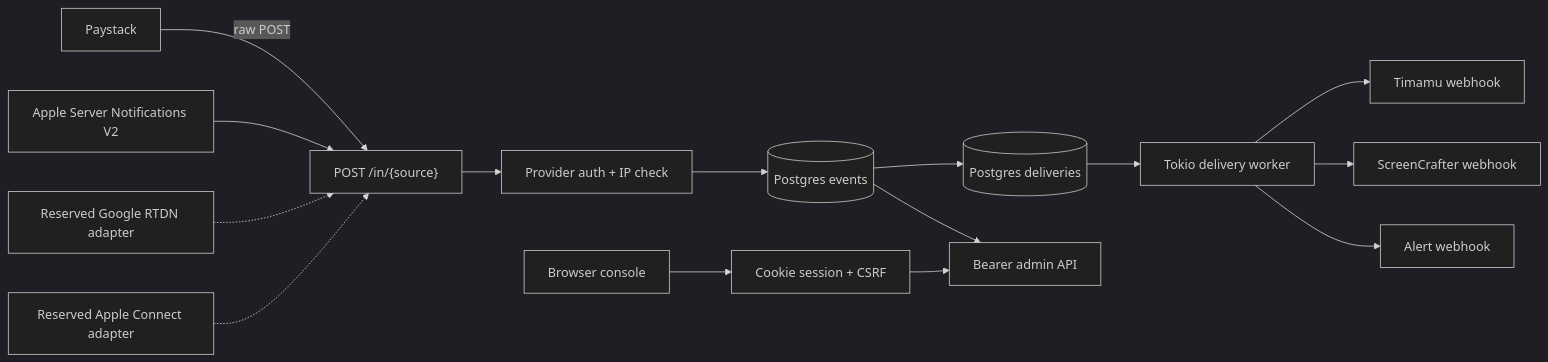
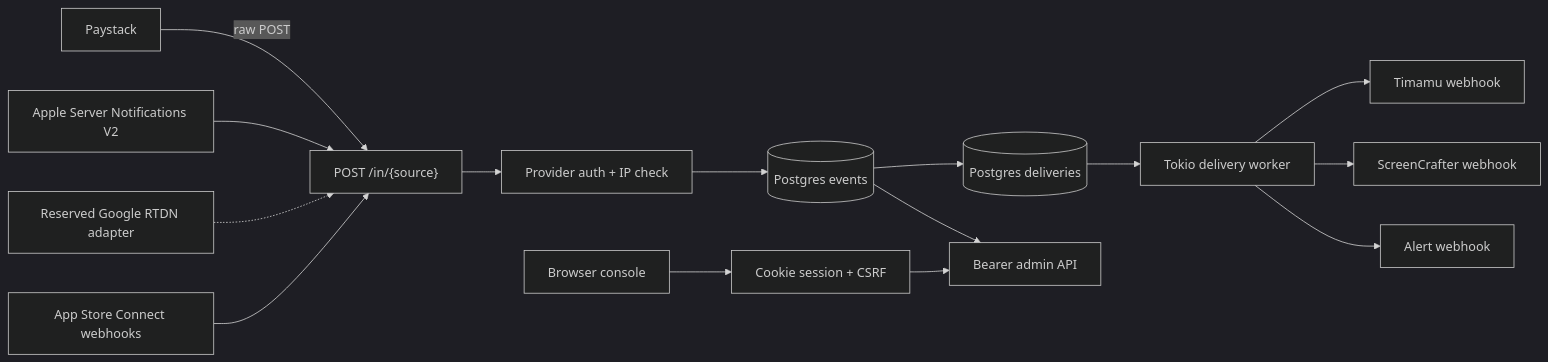
One commit to vant-labs/paystack-fanout changed the diagram in README.md. Above: the diagram before and after it, drawn with Mermaid (dark theme). The commit also changed other lines of this file and 9 other files, not shown here.

Commit message:
feat: add App Store Connect webhook source (#9)

````diff
--- a/README.md
+++ b/README.md
@@ -13,17 +13,17 @@
 ```mermaid
 flowchart LR
     P[Paystack] -->|raw POST| I["POST /in/{source}"]
     AS[Apple Server Notifications V2] --> I
     GP[Reserved Google RTDN adapter] -.-> I
-    AC[Reserved Apple Connect adapter] -.-> I
+    AC[App Store Connect webhooks] --> I
     I --> V[Provider auth + IP check]
     V --> D[(Postgres events)]
     D --> Q[(Postgres deliveries)]
     Q --> W[Tokio delivery worker]
     W --> T[Timamu webhook]
     W --> S[ScreenCrafter webhook]
     W --> A[Alert webhook]
     D --> AD[Bearer admin API]
     B[Browser console] --> H[Cookie session + CSRF]
     H --> AD
 ```
````
